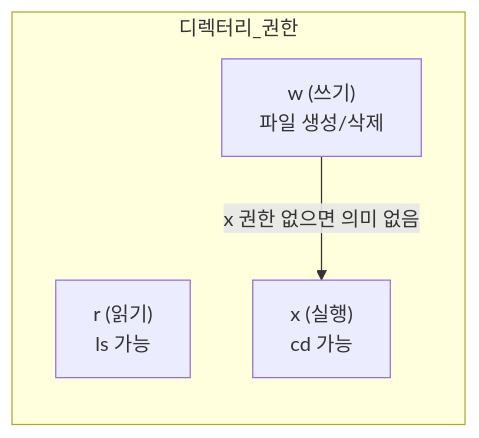
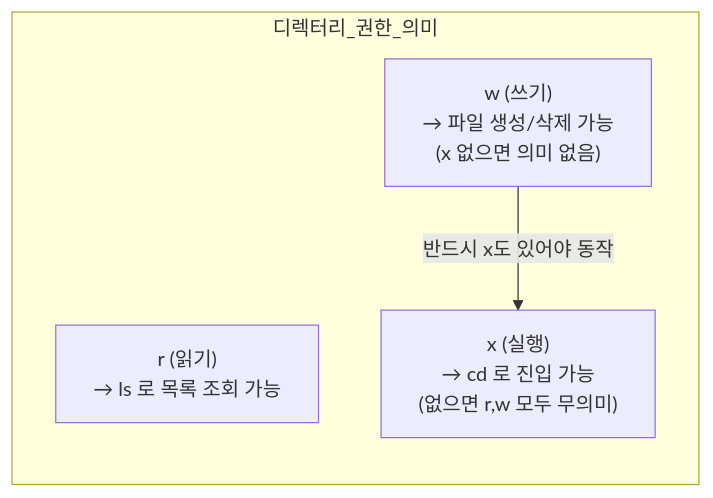
The third of 5 diagrams in _posts/2026-03-06-Linux-3-2.md (sbaek100/sbaek100.github.io), drawn with Mermaid before and after one commit. The commit also changed other lines of this file and 3 other files, not shown here.

````diff
--- a/_posts/2026-03-06-Linux-3-2.md
+++ b/_posts/2026-03-06-Linux-3-2.md
@@ -131,9 +161,9 @@
 ```mermaid
 flowchart LR
-    subgraph 디렉터리_권한
-        R["r (읽기)<br/>ls 가능"] 
-        W["w (쓰기)<br/>파일 생성/삭제"]
-        X["x (실행)<br/>cd 가능"]
+    subgraph 디렉터리_권한_의미
+        R["r (읽기)\n→ ls 로 목록 조회 가능"]
+        W["w (쓰기)\n→ 파일 생성/삭제 가능\n(x 없으면 의미 없음)"]
+        X["x (실행)\n→ cd 로 진입 가능\n(없으면 r,w 모두 무의미)"]
     end
-    W --> |"x 권한 없으면 의미 없음"| X
+    W --> |"반드시 x도 있어야 동작"| X
 ```
````
